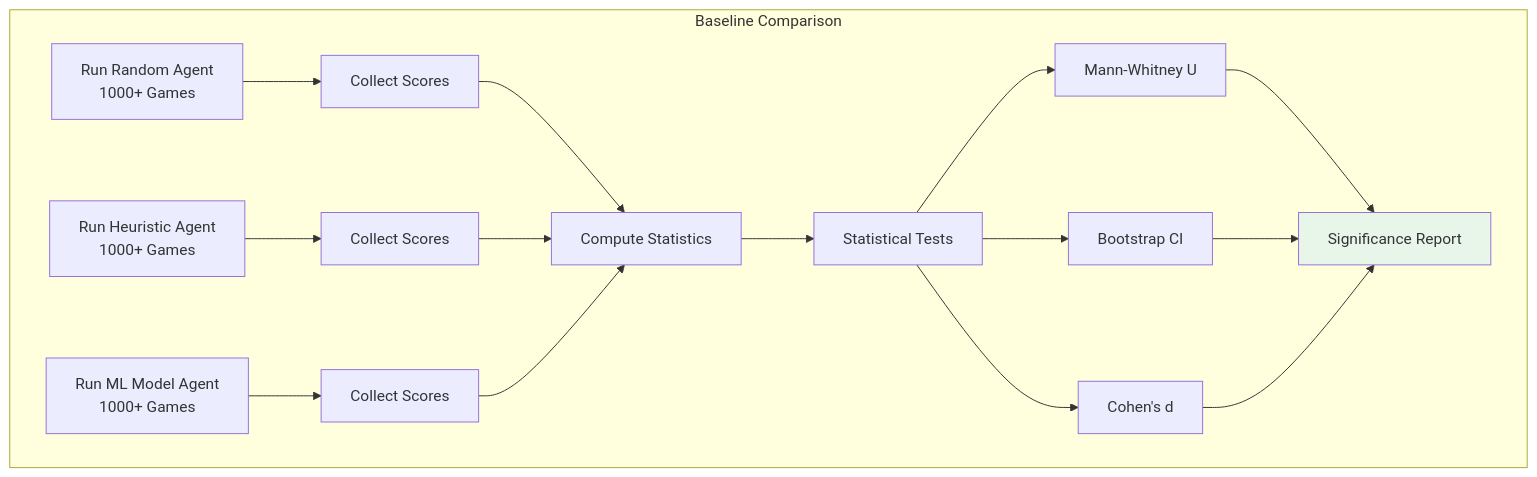
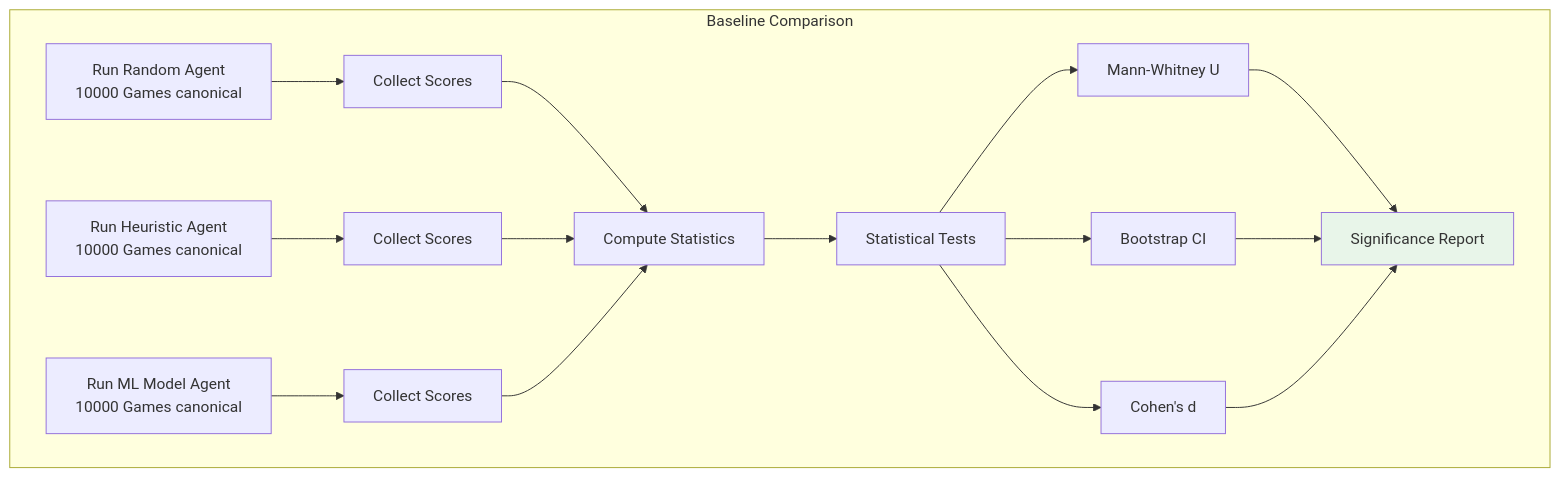
One commit to Evintkoo/2048-ml changed the fourth of 4 diagrams in plans/07-Benchmarking/01-Evaluation/01-benchmarking-framework.md. Above: the diagram before and after it, drawn with Mermaid. The commit also changed other lines of this file and 94 other files, not shown here.

````diff
--- a/plans/07-Benchmarking/01-Evaluation/01-benchmarking-framework.md
+++ b/plans/07-Benchmarking/01-Evaluation/01-benchmarking-framework.md
@@ -174,23 +177,23 @@
 ```mermaid
 flowchart TD
     subgraph "Baseline Comparison"
-        A[Run Random Agent<br/>1000+ Games] --> B[Collect Scores]
-        C[Run Heuristic Agent<br/>1000+ Games] --> D[Collect Scores]
-        E[Run ML Model Agent<br/>1000+ Games] --> F[Collect Scores]
+        A[Run Random Agent<br/>10000 Games canonical] --> B[Collect Scores]
+        C[Run Heuristic Agent<br/>10000 Games canonical] --> D[Collect Scores]
+        E[Run ML Model Agent<br/>10000 Games canonical] --> F[Collect Scores]
         
         B --> G[Compute Statistics]
         D --> G
         F --> G
         
         G --> H[Statistical Tests]
         H --> I[Mann-Whitney U]
         H --> J[Bootstrap CI]
         H --> K[Cohen's d]
         
         I --> L[Significance Report]
         J --> L
         K --> L
     end
     
     style L fill:#e8f5e9
 ```
````
